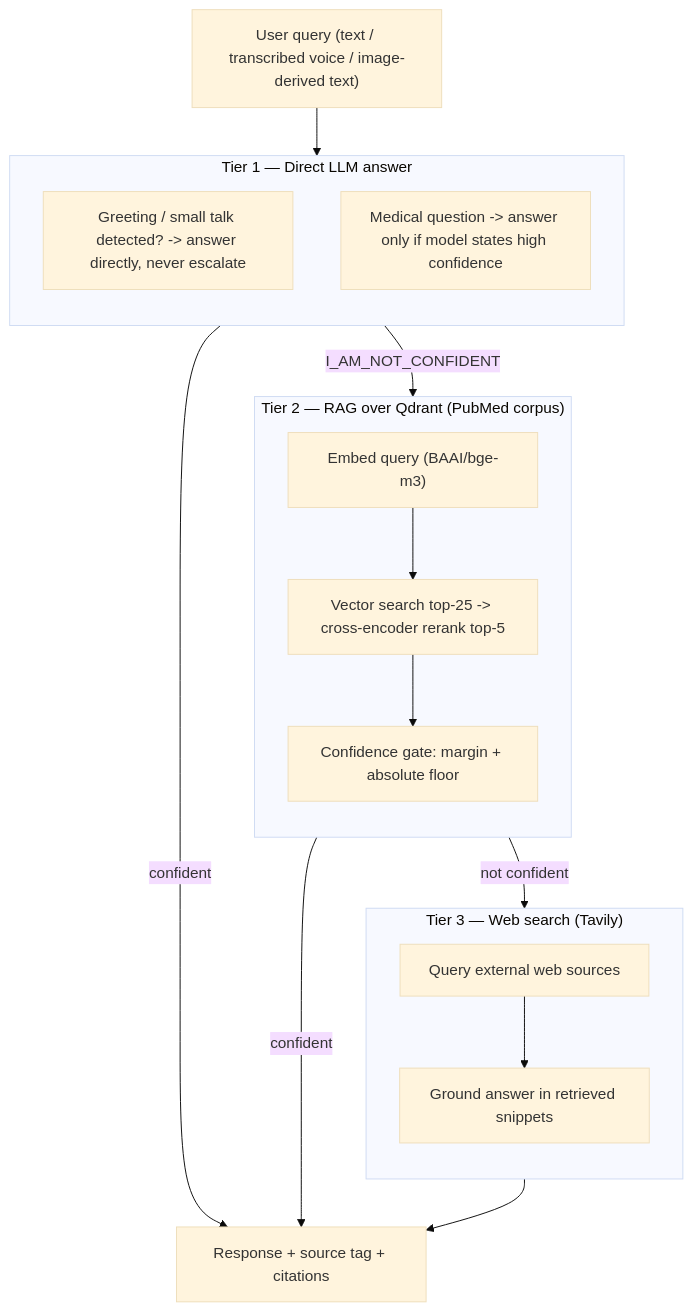
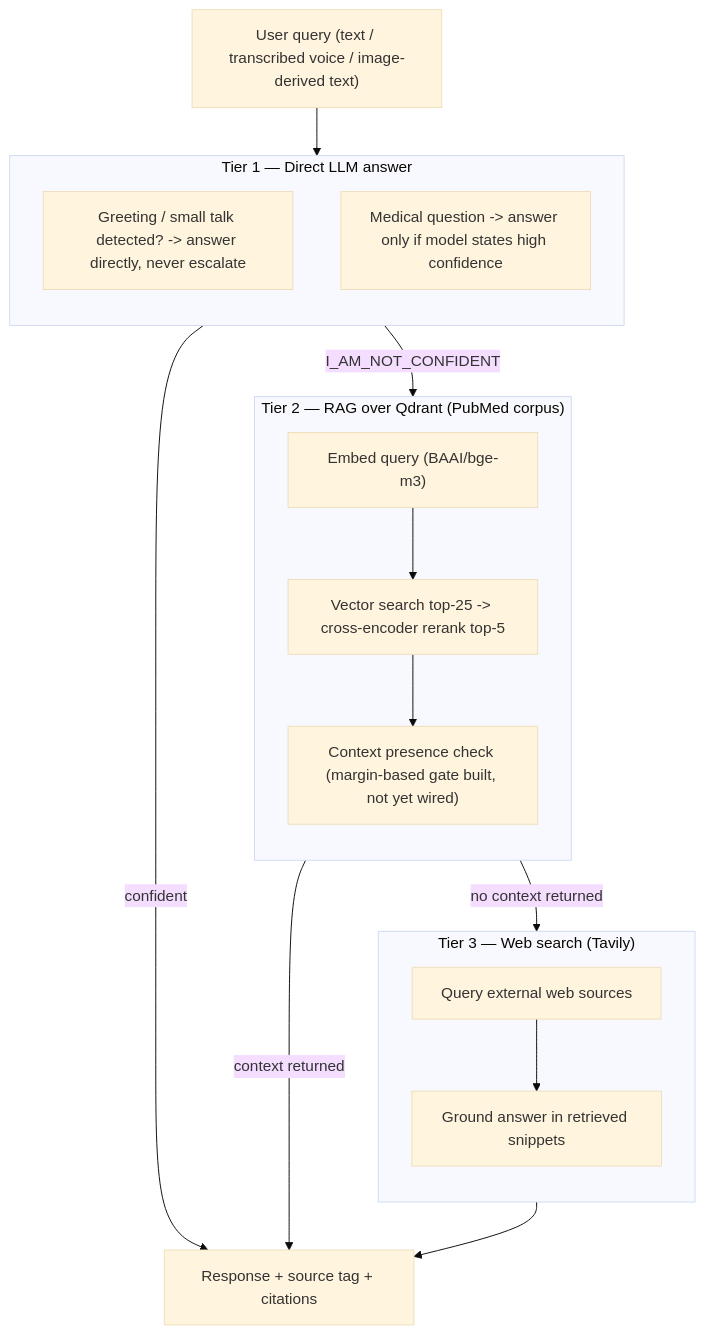
One commit to nour-hatem/AraCheck changed the first of 4 diagrams in README.md. Above: the diagram before and after it, drawn with Mermaid (base theme). The commit also changed other lines of this file, not shown here.

````diff
--- a/README.md
+++ b/README.md
@@ -32,33 +85,33 @@
 ```mermaid
 flowchart TD
     Q["User query (text / transcribed voice / image-derived text)"] --> T1
 
     subgraph T1["Tier 1 — Direct LLM answer"]
         direction TB
         A1["Greeting / small talk detected? -> answer directly, never escalate"]
         A2["Medical question -> answer only if model states high confidence"]
     end
 
     T1 -->|confident| OUT["Response + source tag + citations"]
     T1 -->|"I_AM_NOT_CONFIDENT"| T2
 
     subgraph T2["Tier 2 — RAG over Qdrant (PubMed corpus)"]
         direction TB
         B1["Embed query (BAAI/bge-m3)"]
         B2["Vector search top-25 -> cross-encoder rerank top-5"]
-        B3["Confidence gate: margin + absolute floor"]
+        B3["Context presence check (margin-based gate built, not yet wired)"]
         B1 --> B2 --> B3
     end
 
-    T2 -->|confident| OUT
-    T2 -->|not confident| T3
+    T2 -->|context returned| OUT
+    T2 -->|no context returned| T3
 
     subgraph T3["Tier 3 — Web search (Tavily)"]
         direction TB
         C1["Query external web sources"]
         C2["Ground answer in retrieved snippets"]
         C1 --> C2
     end
 
     T3 --> OUT
 ```
````
